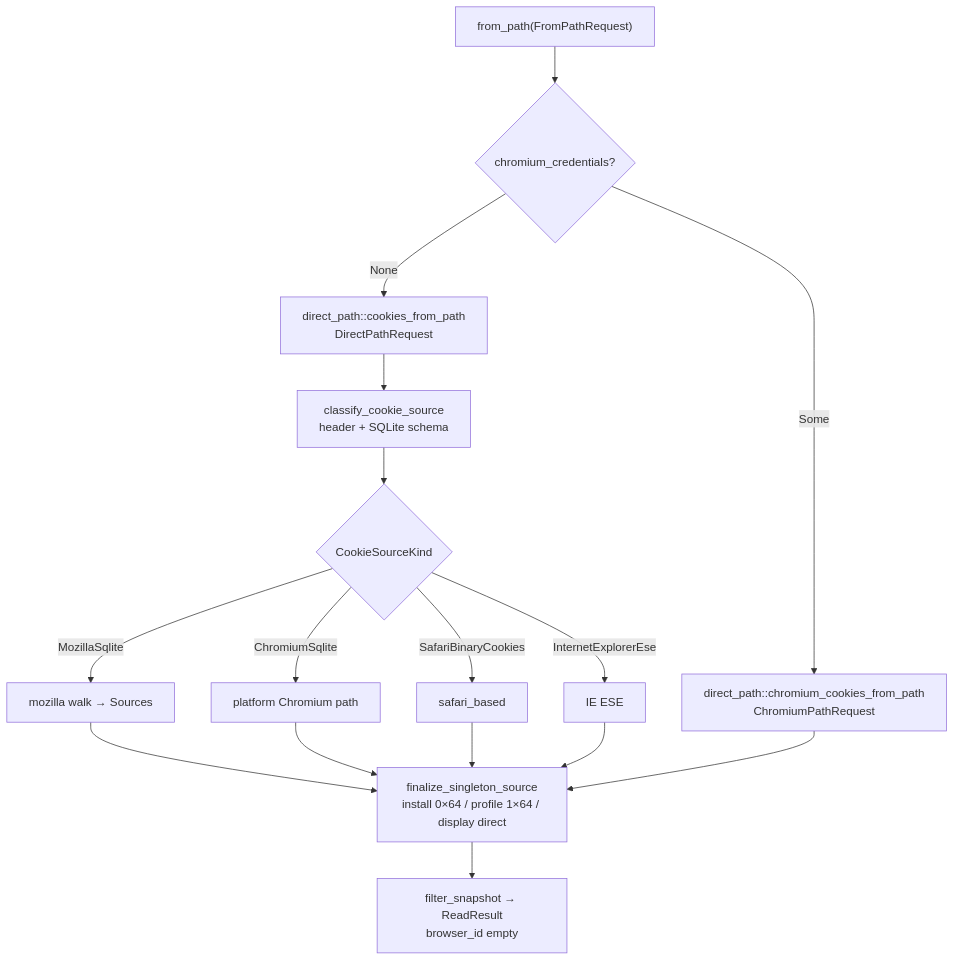
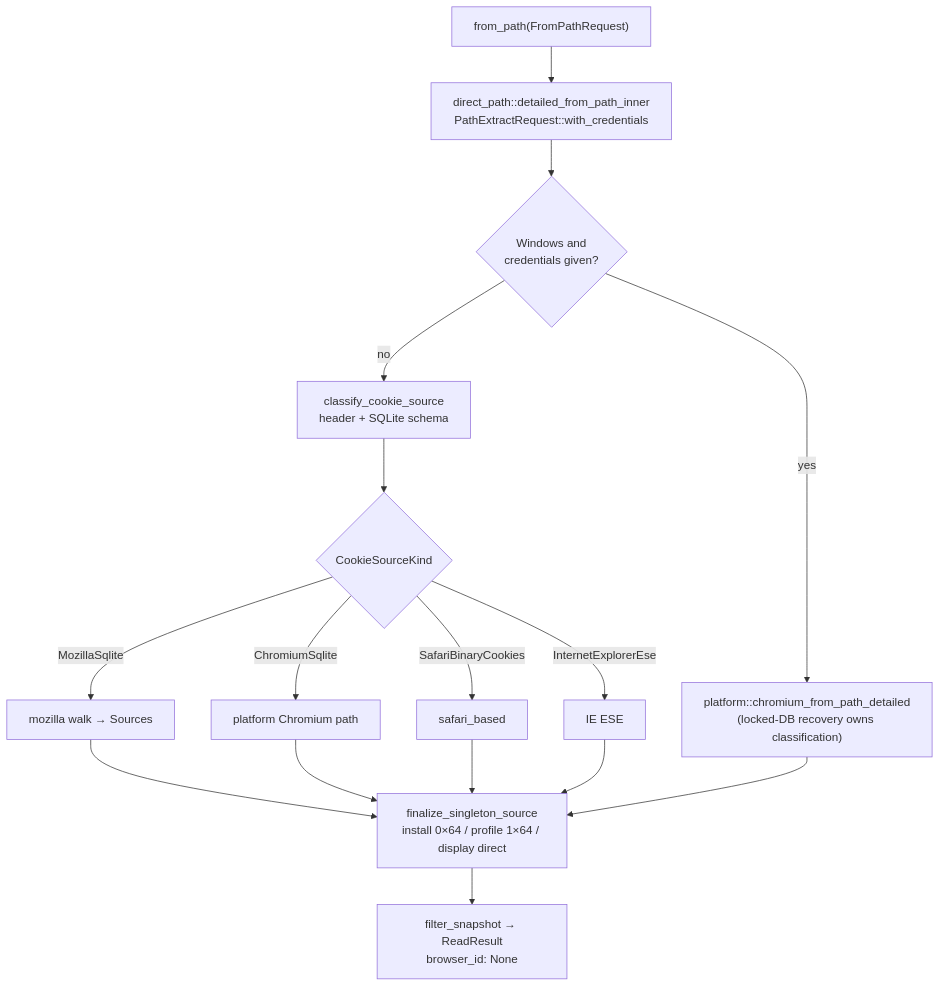
Before and after one commit to teng-lin/rookie: diagram 13 of 16 in docs/architecture.md, drawn with Mermaid. The commit also changed other lines of this file and 1 other file, not shown here.

First line of the commit message:
docs: bring the architecture catalog up to the 0.6.0 job surface

````diff
--- a/docs/architecture.md
+++ b/docs/architecture.md
@@ -1183,20 +1242,19 @@
 ```mermaid
 flowchart TD
   FP["from_path(FromPathRequest)"]
-  CRED{chromium_credentials?}
-  FP --> CRED
-  CRED -->|None| DP["direct_path::cookies_from_path<br/>DirectPathRequest"]
-  CRED -->|Some| CP["direct_path::chromium_cookies_from_path<br/>ChromiumPathRequest"]
-  DP --> CLS["classify_cookie_source<br/>header + SQLite schema"]
+  FP --> DFI["direct_path::detailed_from_path_inner<br/>PathExtractRequest::with_credentials"]
+  DFI --> WINCRED{"Windows and<br/>credentials given?"}
+  WINCRED -->|yes| WINCHROM["platform::chromium_from_path_detailed<br/>(locked-DB recovery owns classification)"]
+  WINCRED -->|no| CLS["classify_cookie_source<br/>header + SQLite schema"]
   CLS --> K{CookieSourceKind}
   K -->|MozillaSqlite| MZ["mozilla walk → Sources"]
   K -->|ChromiumSqlite| CR["platform Chromium path"]
   K -->|SafariBinaryCookies| SF["safari_based"]
   K -->|InternetExplorerEse| IE["IE ESE"]
   MZ --> FIN["finalize_singleton_source<br/>install 0×64 / profile 1×64 / display direct"]
   CR --> FIN
   SF --> FIN
   IE --> FIN
-  CP --> FIN
-  FIN --> SNAP["filter_snapshot → ReadResult<br/>browser_id empty"]
+  WINCHROM --> FIN
+  FIN --> SNAP["filter_snapshot → ReadResult<br/>browser_id: None"]
 ```
````
